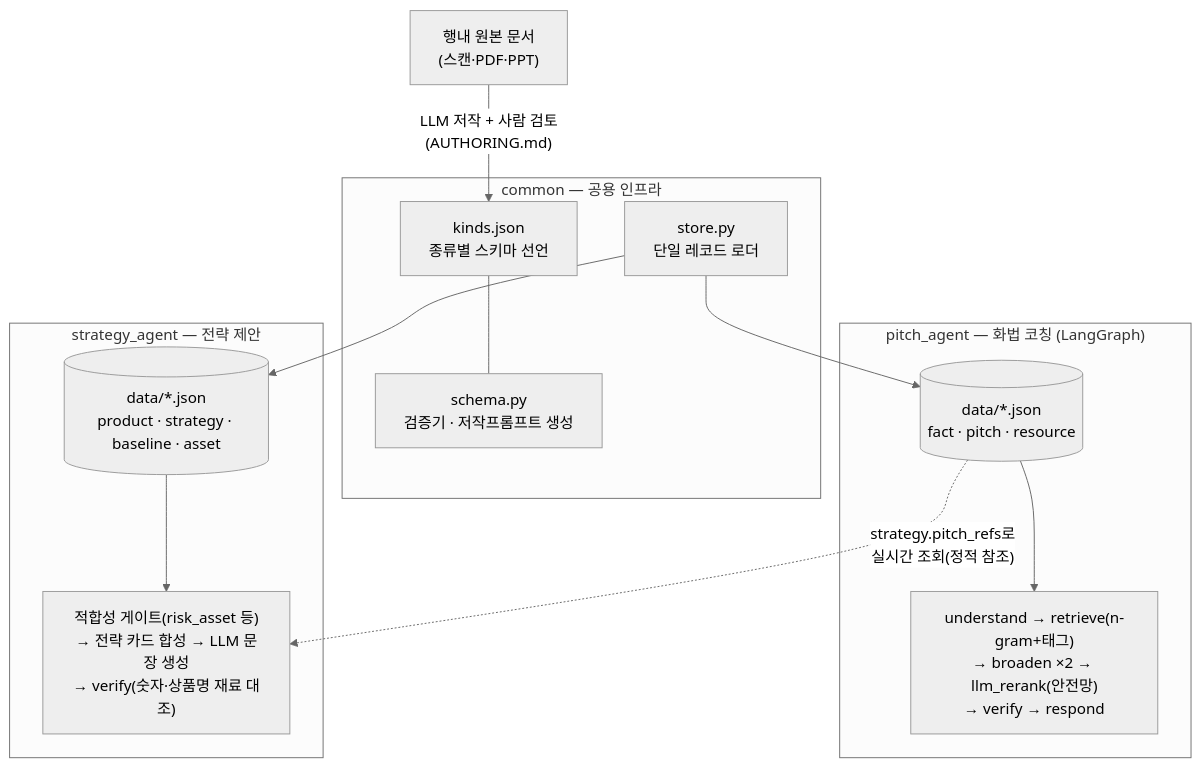
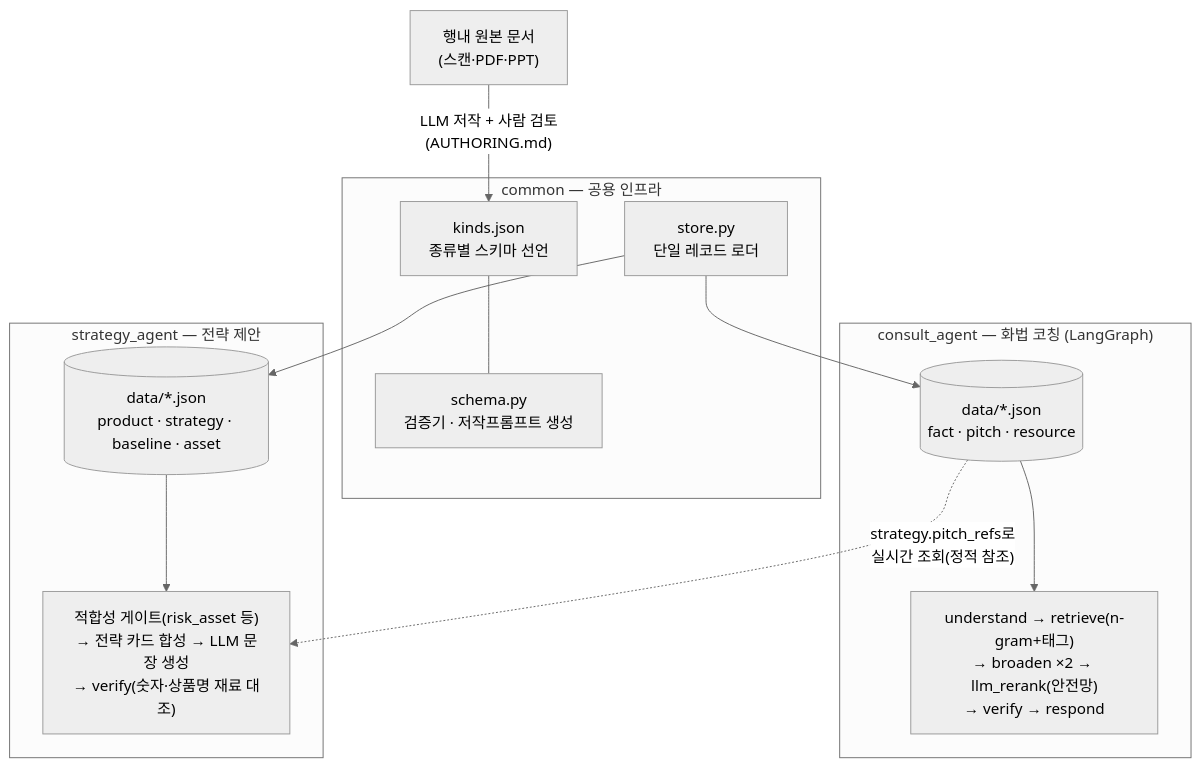
One commit to 09sunwoo-a/Pension_agent changed the diagram in src/README.md. Above: the diagram before and after it, drawn with Mermaid (neutral theme). The commit also changed other lines of this file and 35 other files, not shown here.

````diff
--- a/src/README.md
+++ b/src/README.md
@@ -23,26 +27,26 @@
 ```mermaid
 flowchart TB
     DOC["행내 원본 문서<br/>(스캔·PDF·PPT)"] -->|"LLM 저작 + 사람 검토<br/>(AUTHORING.md)"| KINDS
 
     subgraph COMMON["common — 공용 인프라"]
         KINDS["kinds.json<br/>종류별 스키마 선언"]
         SCHEMA["schema.py<br/>검증기 · 저작프롬프트 생성"]
         STORE["store.py<br/>단일 레코드 로더"]
         KINDS --- SCHEMA
     end
 
     STORE --> PDATA
     STORE --> SDATA
 
-    subgraph PITCH["pitch_agent — 화법 코칭 (LangGraph)"]
+    subgraph PITCH["consult_agent — 화법 코칭 (LangGraph)"]
         PDATA[("data/*.json<br/>fact · pitch · resource")]
         PDATA --> FLOW1["understand → retrieve(n-gram+태그)<br/>→ broaden ×2 → llm_rerank(안전망)<br/>→ verify → respond"]
     end
 
     subgraph STRATEGY["strategy_agent — 전략 제안"]
         SDATA[("data/*.json<br/>product · strategy · baseline · asset")]
         SDATA --> FLOW2["적합성 게이트(risk_asset 등)<br/>→ 전략 카드 합성 → LLM 문장 생성<br/>→ verify(숫자·상품명 재료 대조)"]
     end
 
     PDATA -.->|"strategy.pitch_refs로<br/>실시간 조회(정적 참조)"| FLOW2
 ```
````
